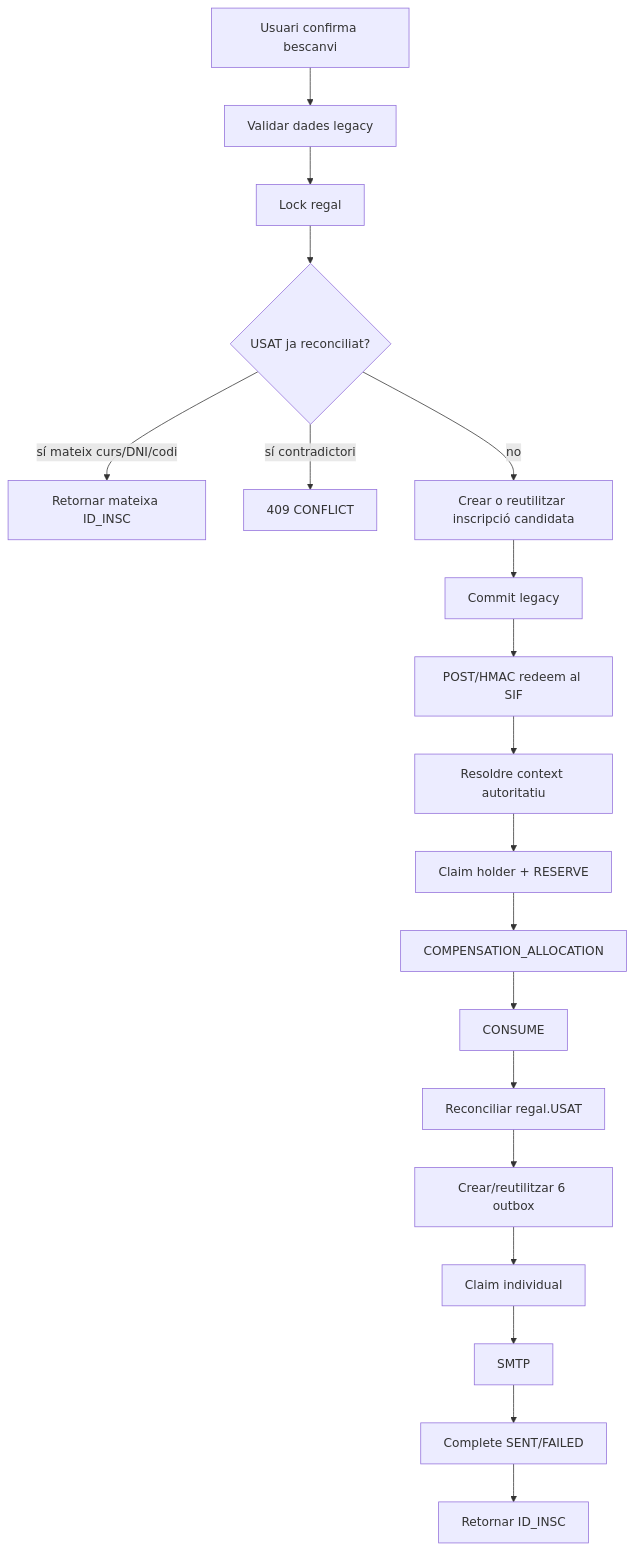
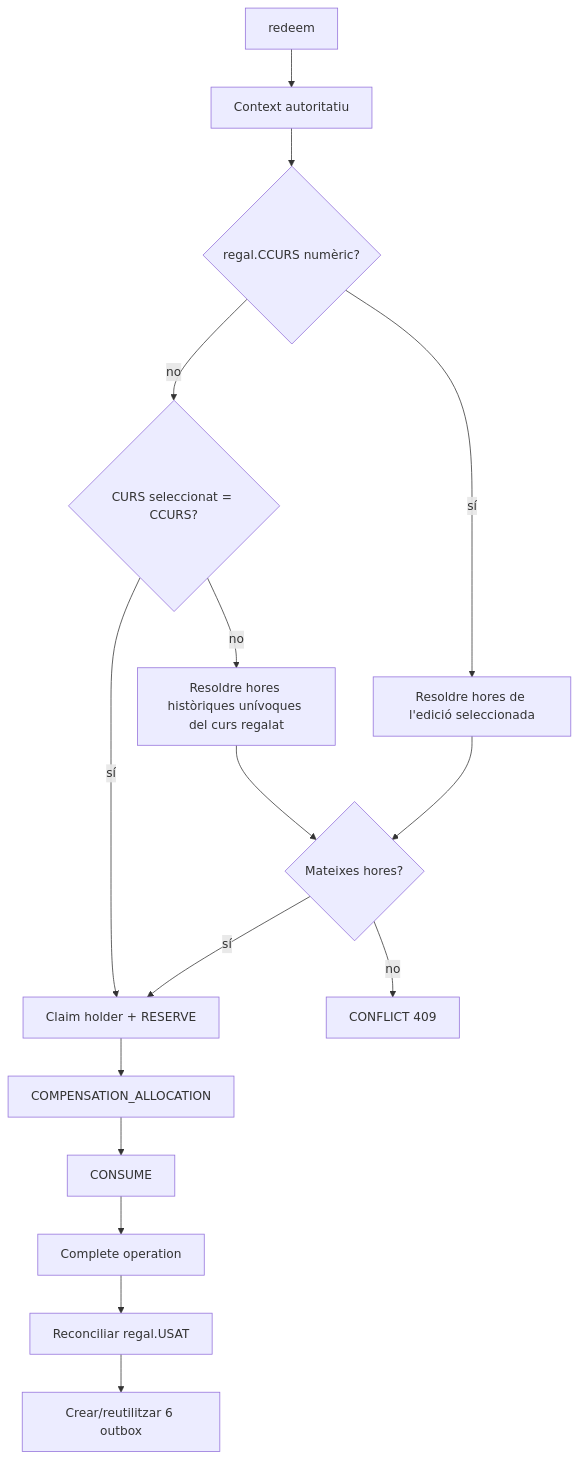
One commit to orgmeriemprismacat-del/verifactu changed the fifth of 8 diagrams in documentacio/07-uml-integrat/uc-018-activitats-pagines-bescanvi-regal-actual-final.md. Above: the diagram before and after it, drawn with Mermaid. The commit also changed other lines of this file and 41 other files, not shown here.

````diff
--- a/documentacio/07-uml-integrat/uc-018-activitats-pagines-bescanvi-regal-actual-final.md
+++ b/documentacio/07-uml-integrat/uc-018-activitats-pagines-bescanvi-regal-actual-final.md
@@ -17,21 +95,18 @@
 ```mermaid
 flowchart TD
-A[Usuari confirma bescanvi] --> B[Validar dades legacy]
-B --> C[Lock regal]
-C --> D{USAT ja reconciliat?}
-D -- sí mateix curs/DNI/codi --> E[Retornar mateixa ID_INSC]
-D -- sí contradictori --> X[409 CONFLICT]
-D -- no --> F[Crear o reutilitzar inscripció candidata]
-F --> G[Commit legacy]
-G --> H[POST/HMAC redeem al SIF]
-H --> I[Resoldre context autoritatiu]
-I --> J[Claim holder + RESERVE]
-J --> K[COMPENSATION_ALLOCATION]
-K --> L[CONSUME]
-L --> M[Reconciliar regal.USAT]
-M --> N[Crear/reutilitzar 6 outbox]
-N --> O[Claim individual]
-O --> P[SMTP]
-P --> Q[Complete SENT/FAILED]
-Q --> R[Retornar ID_INSC]
+A[redeem] --> B[Context autoritatiu]
+B --> X{regal.CCURS numèric?}
+X -- sí --> Z[Resoldre hores de l'edició seleccionada]
+X -- no --> Y{CURS seleccionat = CCURS?}
+Y -- sí --> C[Claim holder + RESERVE]
+Y -- no --> Y2[Resoldre hores històriques unívoques del curs regalat]
+Y2 --> Q{Mateixes hores?}
+Z --> Q
+Q -- no --> R[CONFLICT 409]
+Q -- sí --> C
+C --> D[COMPENSATION_ALLOCATION]
+D --> E[CONSUME]
+E --> F[Complete operation]
+F --> G[Reconciliar regal.USAT]
+G --> H[Crear/reutilitzar 6 outbox]
 ```
````
